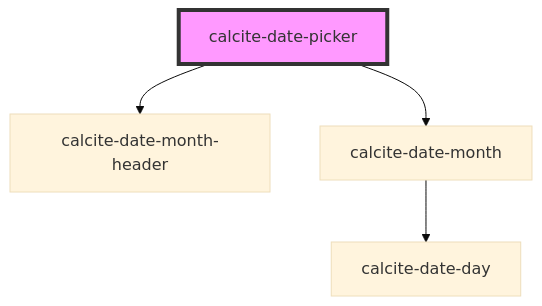
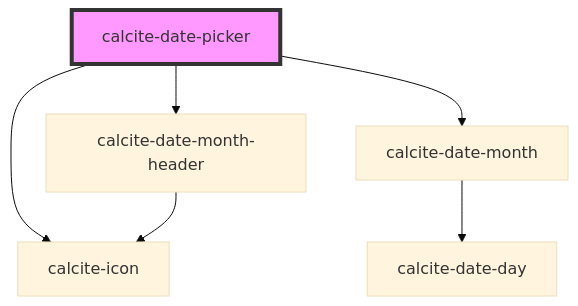
Before and after one commit to vikivakarvc/calcite-design-system: the diagram in src/components/calcite-date/readme.md, drawn with Mermaid (base theme). The commit also changed other lines of this file and 27 other files, not shown here.

Commit message:
:up: Upgrade icons to v3.0.0-beta.5, :white_check_mark: Ensure all icons use calcite-icon component

````diff
--- a/src/components/calcite-date/readme.md
+++ b/src/components/calcite-date/readme.md
@@ -40,7 +41,9 @@
 ```mermaid
 graph TD;
+  calcite-date-picker --> calcite-icon
   calcite-date-picker --> calcite-date-month-header
   calcite-date-picker --> calcite-date-month
+  calcite-date-month-header --> calcite-icon
   calcite-date-month --> calcite-date-day
   style calcite-date-picker fill:#f9f,stroke:#333,stroke-width:4px
 ```
````
